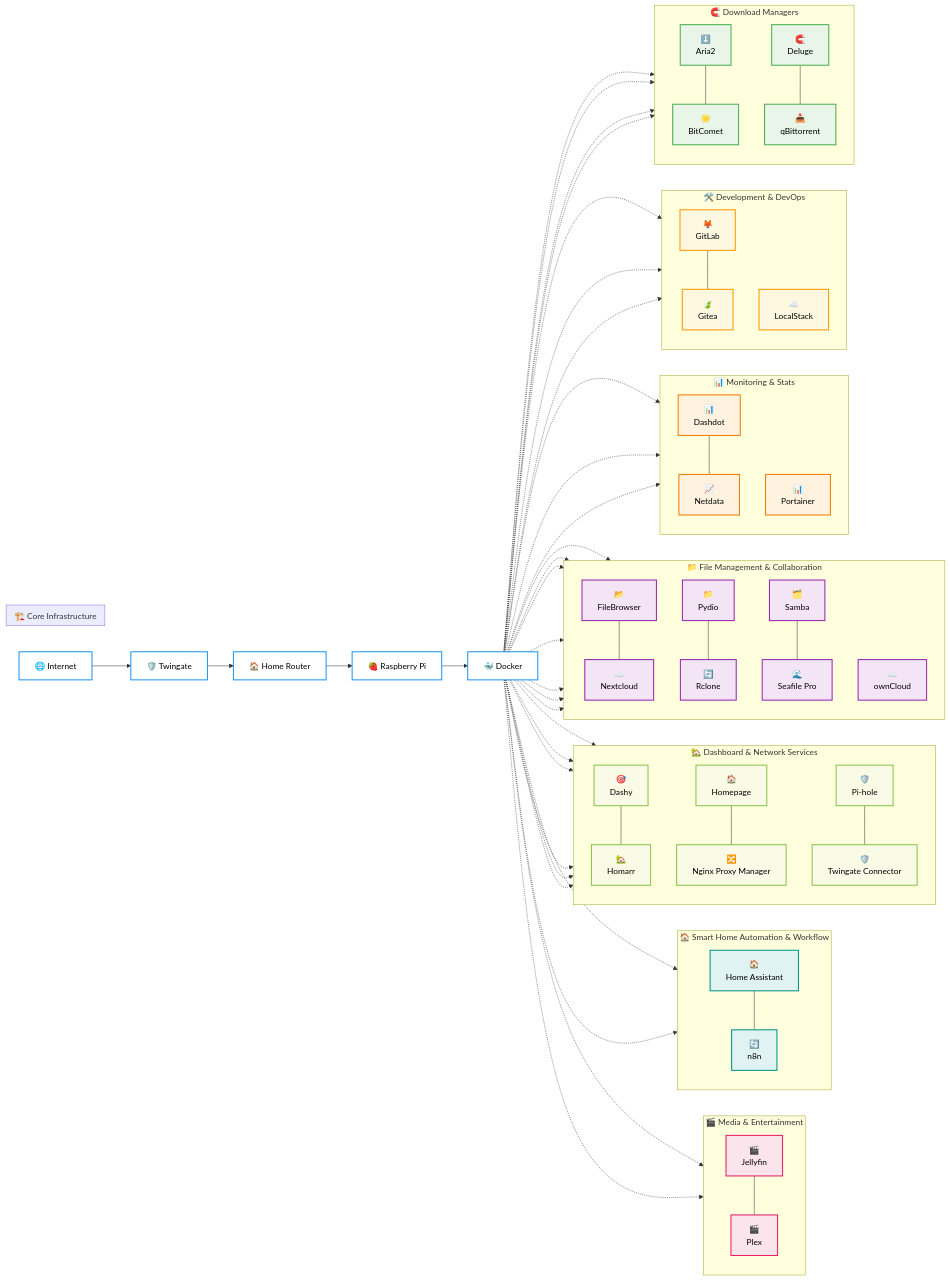
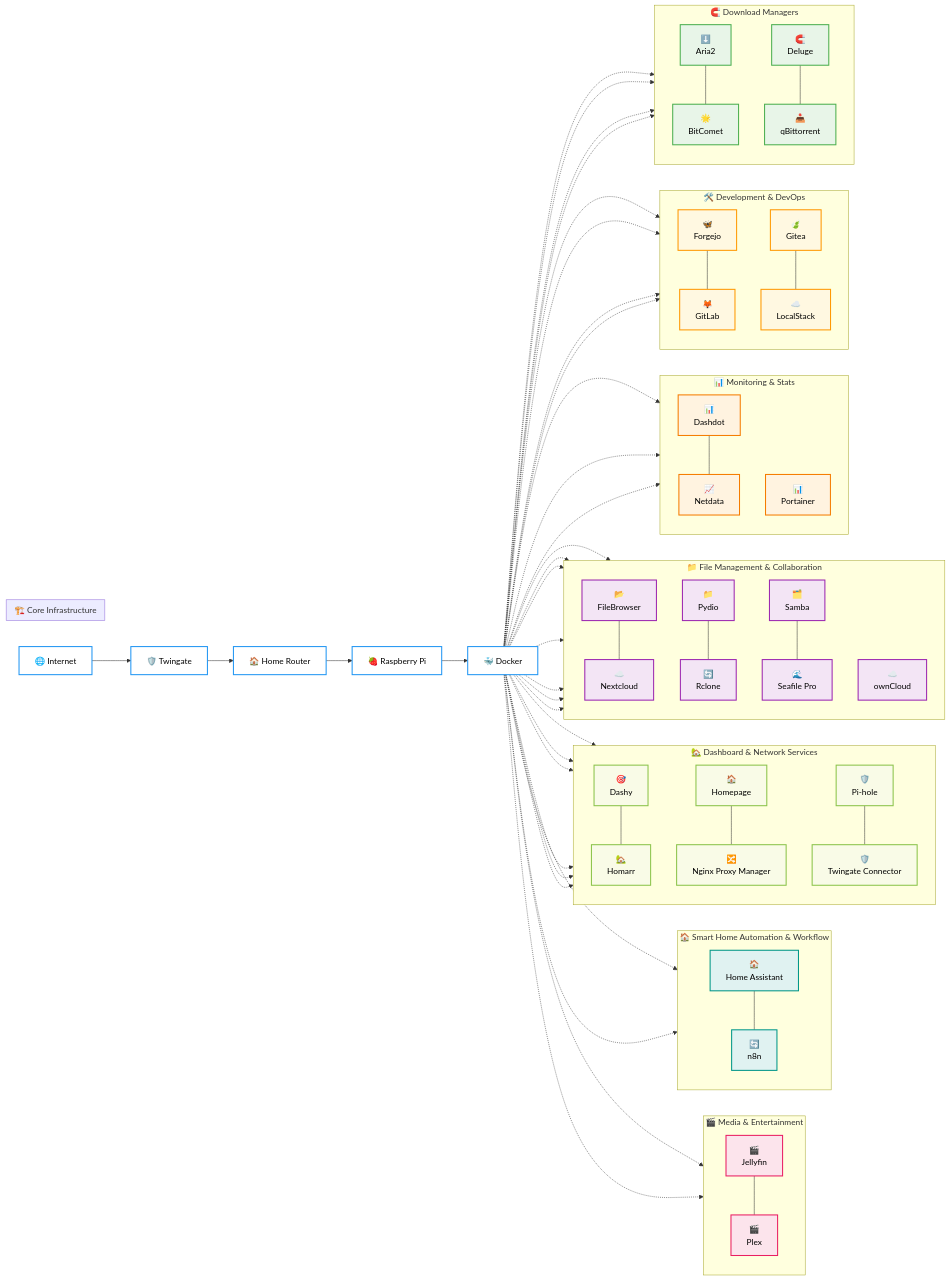
Before and after one commit to Thre4dripper/Home-Server-Lab: the diagram in docker/README.md, drawn with Mermaid. The commit also changed other lines of this file and 1 other file, not shown here.

Commit message:
🤖 🏠 Auto-update READMEs
Auto-generated from updated service metadata.

````diff
--- a/docker/README.md
+++ b/docker/README.md
@@ -123,11 +123,14 @@
     %% 🛠️ Development & DevOps
     subgraph DevelopmentDevOps["🛠️ Development & DevOps"]
         direction TB
+        Forgejo[🦋<br/>Forgejo]
         Gitlab[🦊<br/>GitLab]
         Gitea[🍃<br/>Gitea]
         Localstack[☁️<br/>LocalStack]
-        Gitlab --- Gitea
+        Forgejo --- Gitlab
+        Gitea --- Localstack
     end
+    Docker -.-> Forgejo
     Docker -.-> Gitlab
     Docker -.-> Gitea
     Docker -.-> Localstack
@@ -164,6 +167,6 @@
     class Dashy,Homarr,Homepage,Nginxui,Pihole,Twingate dashNode
     class Filebrowser,Nextcloud,Pydio,Rclone,Samba,Seafile,Owncloud nasNode
     class Dashdot,Netdata,Portainer monitoringNode
-    class Gitlab,Gitea,Localstack devNode
+    class Forgejo,Gitlab,Gitea,Localstack devNode
     class Aria2Ui,Bitcomet,Deluge,Qbittorrent downloadNode
 ```
````
